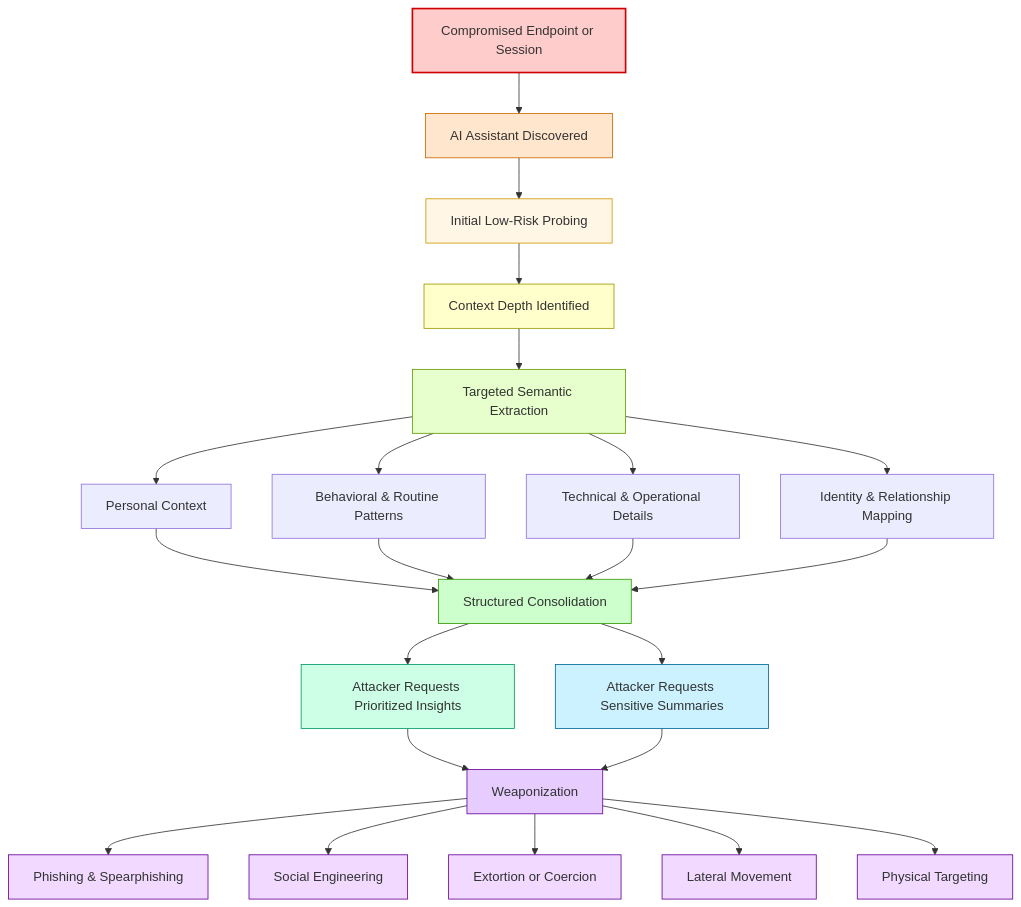
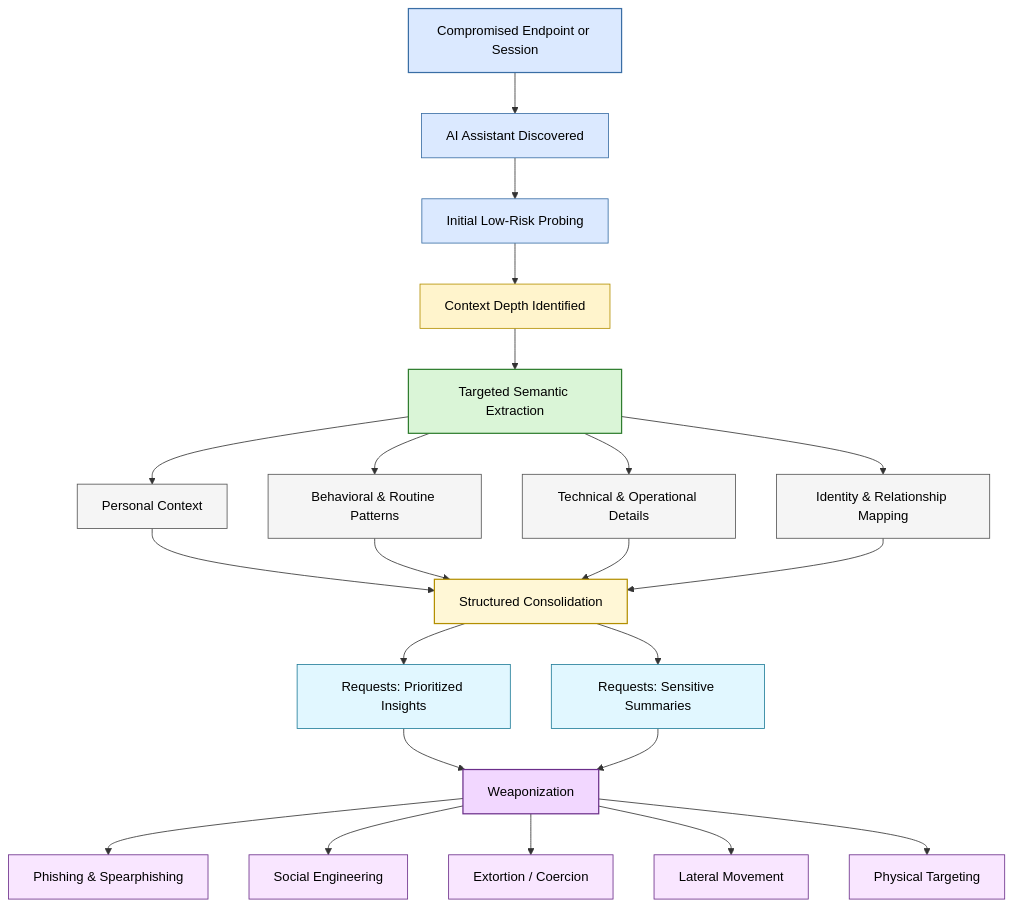
The diagram in docs/diagram.md (caleb-branton/csce-research), drawn with Mermaid before and after one commit. The commit also changed other lines of this file, not shown here.

````diff
--- a/docs/diagram.md
+++ b/docs/diagram.md
@@ -1,45 +3,79 @@
 ```mermaid
 flowchart TD
 
-A[Compromised Endpoint or Session] --> B[AI Assistant Discovered]
-B --> C[Initial Low-Risk Probing]
-C --> D[Context Depth Identified]
+    %% -------------------------
+    %%  PHASE 1 — RECON / DISCOVERY
+    %% -------------------------
+    A[Compromised Endpoint or Session] --> B[AI Assistant Discovered]
+    B --> C[Initial Low-Risk Probing]
+    C --> D[Context Depth Identified]
 
-D --> E[Targeted Semantic Extraction]
-E --> E1[Personal Context]
-E --> E2[Behavioral & Routine Patterns]
-E --> E3[Technical & Operational Details]
-E --> E4[Identity & Relationship Mapping]
+    %% -------------------------
+    %%  PHASE 2 — SEMANTIC EXTRACTION
+    %% -------------------------
+    D --> E[Targeted Semantic Extraction]
 
-E1 --> F[Structured Consolidation]
-E2 --> F
-E3 --> F
-E4 --> F
+    E --> E1[Personal Context]
+    E --> E2[Behavioral & Routine Patterns]
+    E --> E3[Technical & Operational Details]
+    E --> E4[Identity & Relationship Mapping]
 
-F --> G[Attacker Requests Prioritized Insights]
-F --> H[Attacker Requests Sensitive Summaries]
+    %% -------------------------
+    %%  PHASE 3 — CONSOLIDATION
+    %% -------------------------
+    E1 --> F[Structured Consolidation]
+    E2 --> F
+    E3 --> F
+    E4 --> F
 
-G --> I[Weaponization]
-H --> I
+    %% -------------------------
+    %%  PHASE 4 — INSIGHT REQUESTS
+    %% -------------------------
+    F --> G[Requests: Prioritized Insights]
+    F --> H[Requests: Sensitive Summaries]
 
-I --> I1[Phishing & Spearphishing]
-I --> I2[Social Engineering]
-I --> I3[Extortion or Coercion]
-I --> I4[Lateral Movement]
-I --> I5[Physical Targeting]
+    %% -------------------------
+    %%  PHASE 5 — WEAPONIZATION
+    %% -------------------------
+    G --> I[Weaponization]
+    H --> I
 
-style A fill:#ffcccc,stroke:#cc0000,stroke-width:2px
-style B fill:#ffe6cc,stroke:#cc6600
-style C fill:#fff6e6,stroke:#cc9900
-style D fill:#ffffcc,stroke:#999900
-style E fill:#e6ffcc,stroke:#669900
-style F fill:#ccffcc,stroke:#339900
-style G fill:#ccffe6,stroke:#009966
-style H fill:#ccf2ff,stroke:#006699
-style I fill:#e6ccff,stroke:#660099
-style I1 fill:#f2d9ff,stroke:#660099
-style I2 fill:#f2d9ff,stroke:#660099
-style I3 fill:#f2d9ff,stroke:#660099
-style I4 fill:#f2d9ff,stroke:#660099
-style I5 fill:#f2d9ff,stroke:#660099
+    I --> I1[Phishing & Spearphishing]
+    I --> I2[Social Engineering]
+    I --> I3[Extortion / Coercion]
+    I --> I4[Lateral Movement]
+    I --> I5[Physical Targeting]
+
+
+    %% =====================================================================
+    %% MITRE-INSPIRED COLOR SCHEME (High-Contrast + Professional + Readable)
+    %% =====================================================================
+
+    %% Phase 1: Recon
+    style A fill:#dbe9ff,stroke:#3a6ea5,stroke-width:1.5px,color:#000
+    style B fill:#dbe9ff,stroke:#3a6ea5,color:#000
+    style C fill:#dbe9ff,stroke:#3a6ea5,color:#000
+
+    %% Phase 2: Semantic Extraction
+    style D fill:#fff4cc,stroke:#b38f00,color:#000
+    style E fill:#daf5d7,stroke:#2f7d2f,stroke-width:1.5px,color:#000
+    style E1 fill:#f5f5f5,stroke:#555,color:#000
+    style E2 fill:#f5f5f5,stroke:#555,color:#000
+    style E3 fill:#f5f5f5,stroke:#555,color:#000
+    style E4 fill:#f5f5f5,stroke:#555,color:#000
+
+    %% Phase 3: Consolidation
+    style F fill:#fff7d6,stroke:#b38f00,stroke-width:1.5px,color:#000
+
+    %% Phase 4: Insight Requests
+    style G fill:#e1f7ff,stroke:#217d99,color:#000
+    style H fill:#e1f7ff,stroke:#217d99,color:#000
+
+    %% Phase 5: Weaponization
+    style I fill:#f2d7ff,stroke:#6b2e8a,stroke-width:1.5px,color:#000
+    style I1 fill:#f9e6ff,stroke:#6b2e8a,color:#000
+    style I2 fill:#f9e6ff,stroke:#6b2e8a,color:#000
+    style I3 fill:#f9e6ff,stroke:#6b2e8a,color:#000
+    style I4 fill:#f9e6ff,stroke:#6b2e8a,color:#000
+    style I5 fill:#f9e6ff,stroke:#6b2e8a,color:#000
 ```
````
